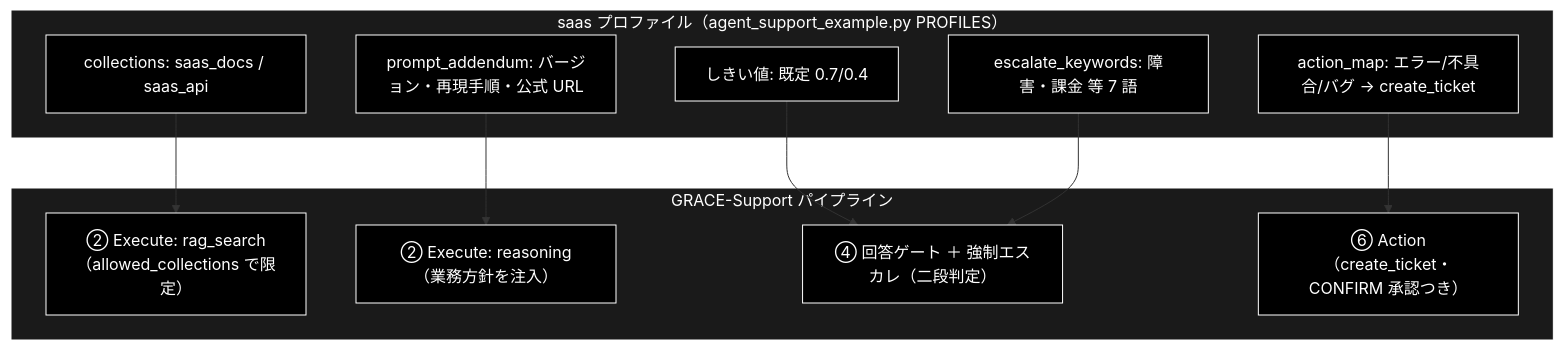
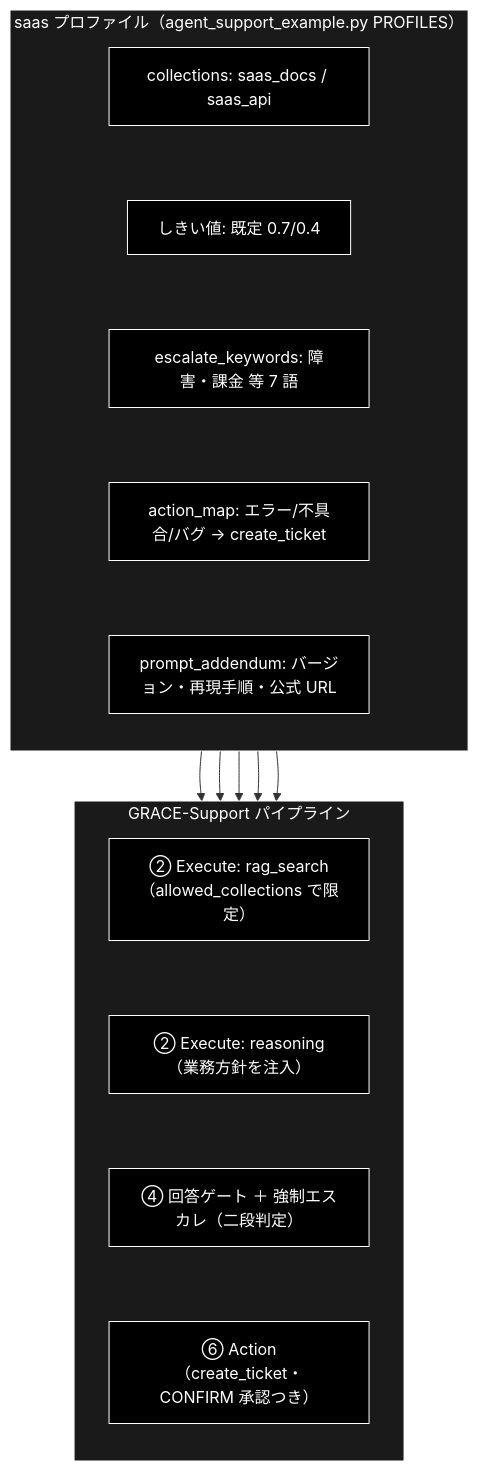
The diagram in docs/vertical_saas.md (nakashima2toshio/anthropic_grace_agent_v2), drawn with Mermaid before and after one commit. The commit also changed other lines of this file and 2 other files, not shown here.

Commit message:
docs(vertical): 適用ポイント図のノード配置を縦並びに変更（gov/saas/ec v1.1）
- 横並びレイアウトでノード内の文字が小さく読みにくかったため、
  各サブグラフに direction TB を指定し、不可視リンク（~~~）で
  ノードを縦一列に連結
- 3 ドキュメントとも Version 1.1・変更履歴を追記
- 黒背景・白文字の Mermaid 規約（classDef default fill:#000）は維持

Claude-Session: https://claude.ai/code/session_015SbebCbqbJRCSvF8U1FuZq

````diff
--- a/docs/vertical_saas.md
+++ b/docs/vertical_saas.md
@@ -46,26 +46,30 @@
 ```mermaid
 flowchart TB
     subgraph Profile["saas プロファイル（agent_support_example.py PROFILES）"]
+        direction TB
         COL["collections: saas_docs / saas_api"]
         TH["しきい値: 既定 0.7/0.4"]
         KW["escalate_keywords: 障害・課金 等 7 語"]
         AM["action_map: エラー/不具合/バグ → create_ticket"]
         PA["prompt_addendum: バージョン・再現手順・公式 URL"]
+        COL ~~~ TH ~~~ KW ~~~ AM ~~~ PA
     end
     subgraph Pipeline["GRACE-Support パイプライン"]
+        direction TB
         RAG["② Execute: rag_search（allowed_collections で限定）"]
         REA["② Execute: reasoning（業務方針を注入）"]
         GATE["④ 回答ゲート ＋ 強制エスカレ（二段判定）"]
         ACT["⑥ Action（create_ticket・CONFIRM 承認つき）"]
+        RAG ~~~ REA ~~~ GATE ~~~ ACT
     end
     COL --> RAG
     PA --> REA
     TH --> GATE
     KW --> GATE
     AM --> ACT
 classDef default fill:#000,stroke:#fff,color:#fff
 classDef subgraphStyle fill:#1a1a1a,stroke:#fff,color:#fff
 class COL,TH,KW,AM,PA,RAG,REA,GATE,ACT default
 style Profile fill:#1a1a1a,stroke:#fff,color:#fff
 style Pipeline fill:#1a1a1a,stroke:#fff,color:#fff
 ```
````
